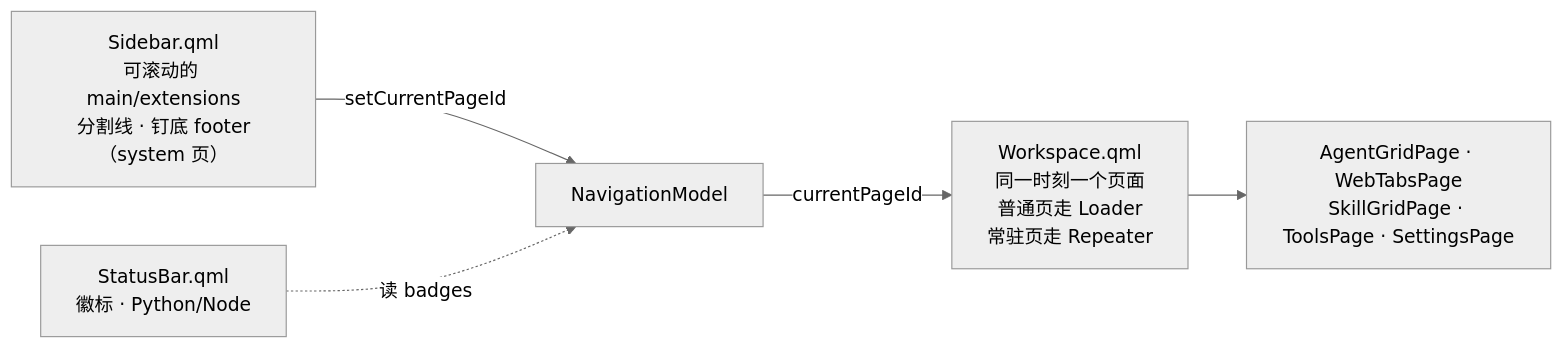
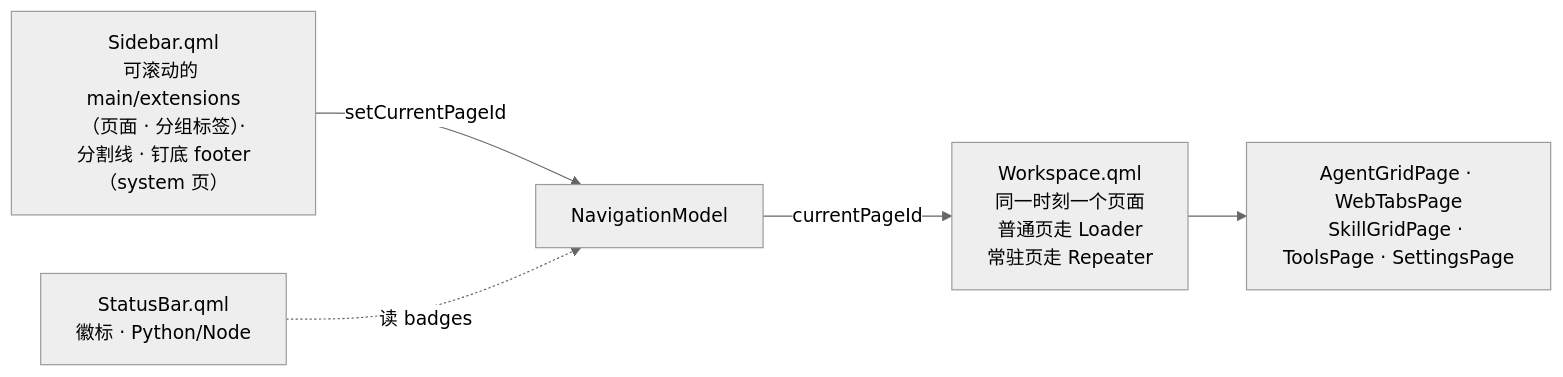
One commit to czyt1988/AgentWorkbench changed the fourth of 4 diagrams in docs/zh/architecture/index.md. Above: the diagram before and after it, drawn with Mermaid (neutral theme). The commit also changed other lines of this file and 19 other files, not shown here.

````diff
--- a/docs/zh/architecture/index.md
+++ b/docs/zh/architecture/index.md
@@ -165,12 +165,12 @@
 ```mermaid
 flowchart LR
-    Sidebar["Sidebar.qml<br/>可滚动的 main/extensions<br/>分割线 · 钉底 footer（system 页）"]
+    Sidebar["Sidebar.qml<br/>可滚动的 main/extensions<br/>（页面 · 分组标签）·<br/>分割线 · 钉底 footer（system 页）"]
     Workspace["Workspace.qml<br/>同一时刻一个页面<br/>普通页走 Loader<br/>常驻页走 Repeater"]
     StatusBar["StatusBar.qml<br/>徽标 · Python/Node"]
     Nav["NavigationModel"]
     Pages["AgentGridPage · WebTabsPage<br/>SkillGridPage · ToolsPage · SettingsPage"]
     Sidebar -->|setCurrentPageId| Nav
     Nav -->|currentPageId| Workspace
     Workspace --> Pages
     StatusBar -.->|读 badges| Nav
 ```
````
